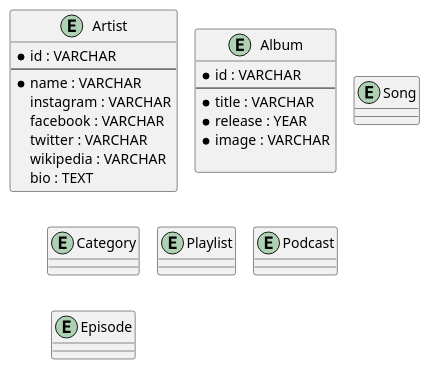
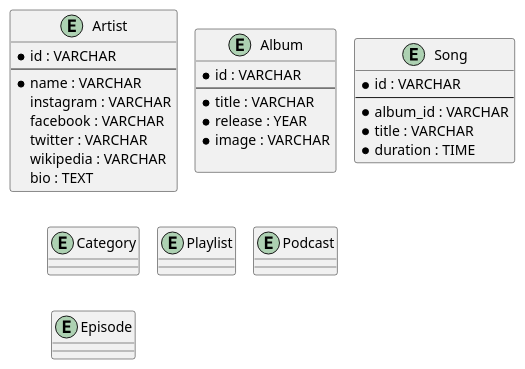
Before and after one commit to fkresna23/database-design-spotify: the diagram in spotify.puml, drawn with PlantUML.

Commit message:
Menentukan Attribute Entity Song

```diff
--- a/spotify.puml
+++ b/spotify.puml
@@ -1,42 +1,46 @@
 @startuml
 !pragma layout smetana
 entity Artist {
     * id : VARCHAR
     --
     * name : VARCHAR
     instagram : VARCHAR
     facebook : VARCHAR
     twitter : VARCHAR
     wikipedia : VARCHAR
     bio : TEXT
 }
 
 entity Album {
     * id : VARCHAR
     --
     * title : VARCHAR
     * release : YEAR
     * image : VARCHAR
 
 }
 
 entity Song {
-
+    * id : VARCHAR
+    --
+    * album_id : VARCHAR
+    * title : VARCHAR
+    * duration : TIME
 }
 
 entity Category {
 
 }
 
 entity Playlist {
 
 }
 
 entity Podcast {
 
 }
 
 entity Episode {
 
 }
 @enduml
```
